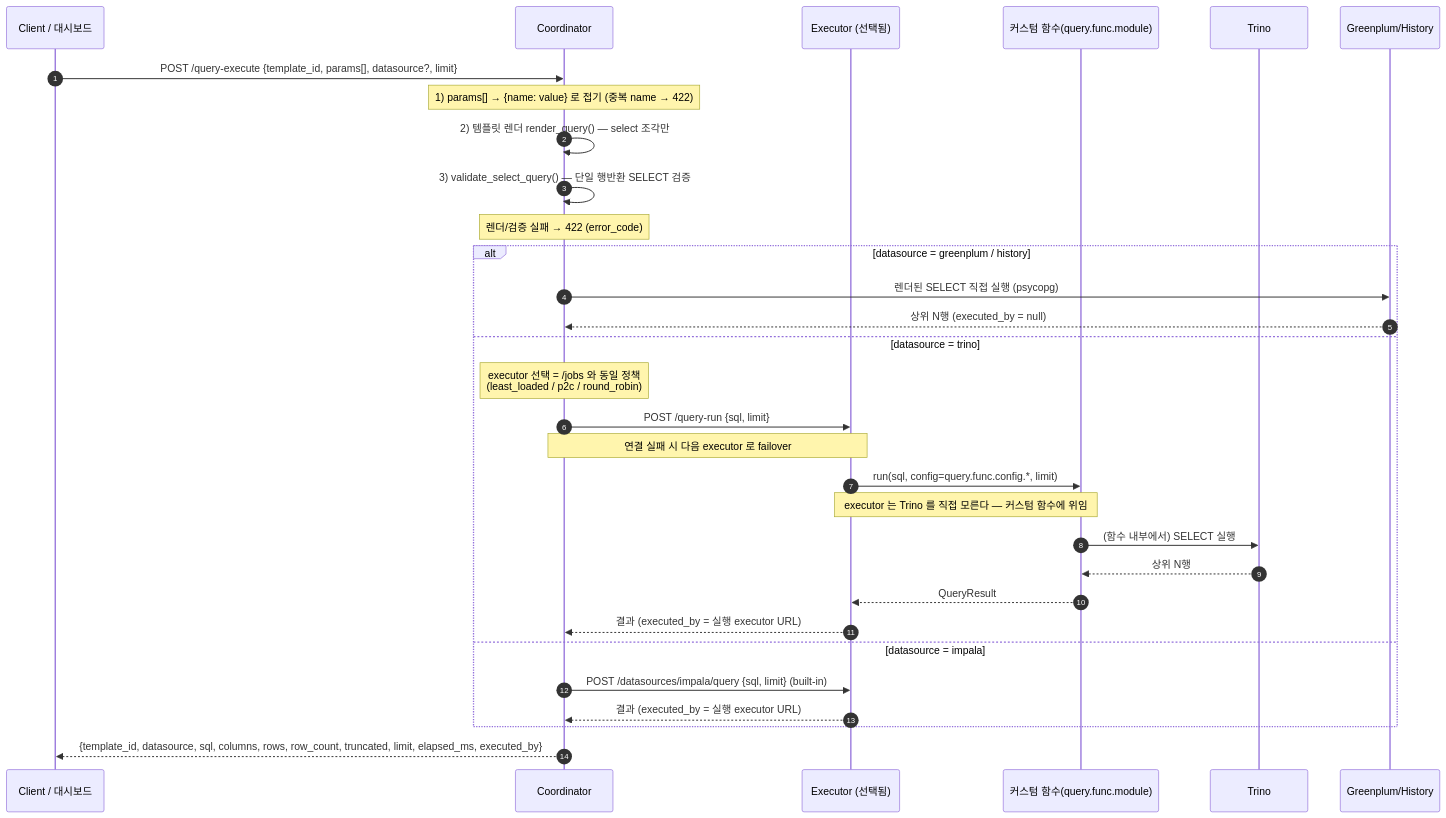
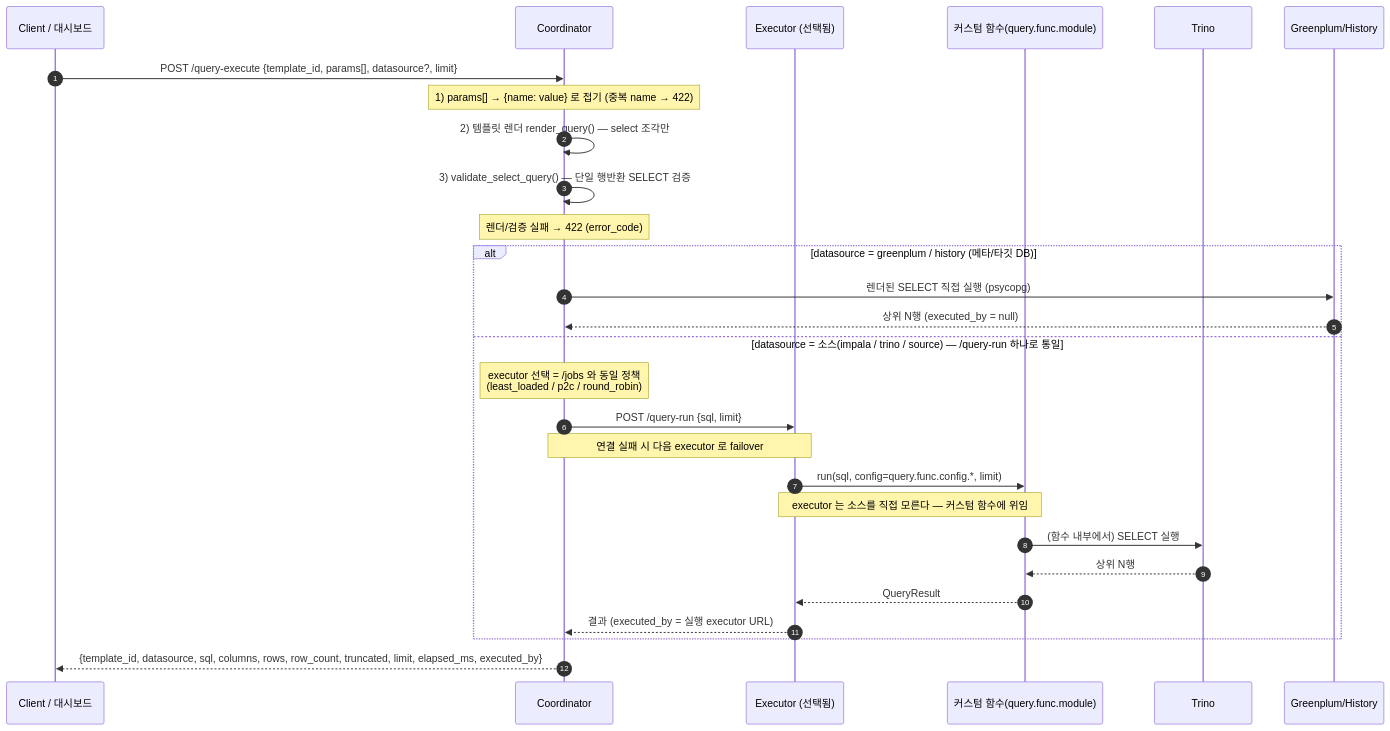
One commit to DataDynamics/distributed-query-executor changed the diagram in QUERY.md. Above: the diagram before and after it, drawn with Mermaid. The commit also changed other lines of this file and 5 other files, not shown here.

First line of the commit message:
query-execute 소스 실행을 /query-run 하나로 통일(라우팅 정리)

````diff
--- a/QUERY.md
+++ b/QUERY.md
@@ -16,35 +34,32 @@
 ```mermaid
 sequenceDiagram
     autonumber
     participant C as Client / 대시보드
     participant CO as Coordinator
     participant EX as Executor (선택됨)
     participant FN as 커스텀 함수(query.func.module)
     participant SRC as Trino
     participant GP as Greenplum/History
 
     C->>CO: POST /query-execute {template_id, params[], datasource?, limit}
     Note over CO: 1) params[] → {name: value} 로 접기 (중복 name → 422)
     CO->>CO: 2) 템플릿 렌더 render_query() — select 조각만
     CO->>CO: 3) validate_select_query() — 단일 행반환 SELECT 검증
     Note over CO: 렌더/검증 실패 → 422 (error_code)
 
-    alt datasource = greenplum / history
+    alt datasource = greenplum / history (메타/타깃 DB)
         CO->>GP: 렌더된 SELECT 직접 실행 (psycopg)
         GP-->>CO: 상위 N행 (executed_by = null)
-    else datasource = trino
+    else datasource = 소스(impala / trino / source) — /query-run 하나로 통일
         Note over CO: executor 선택 = /jobs 와 동일 정책<br/>(least_loaded / p2c / round_robin)
         CO->>EX: POST /query-run {sql, limit}
         Note over CO,EX: 연결 실패 시 다음 executor 로 failover
         EX->>FN: run(sql, config=query.func.config.*, limit)
-        Note over EX,FN: executor 는 Trino 를 직접 모른다 — 커스텀 함수에 위임
+        Note over EX,FN: executor 는 소스를 직접 모른다 — 커스텀 함수에 위임
         FN->>SRC: (함수 내부에서) SELECT 실행
         SRC-->>FN: 상위 N행
         FN-->>EX: QueryResult
         EX-->>CO: 결과 (executed_by = 실행 executor URL)
-    else datasource = impala
-        CO->>EX: POST /datasources/impala/query {sql, limit}  (built-in)
-        EX-->>CO: 결과 (executed_by = 실행 executor URL)
     end
     CO-->>C: {template_id, datasource, sql, columns, rows, row_count, truncated, limit, elapsed_ms, executed_by}
 ```
````
